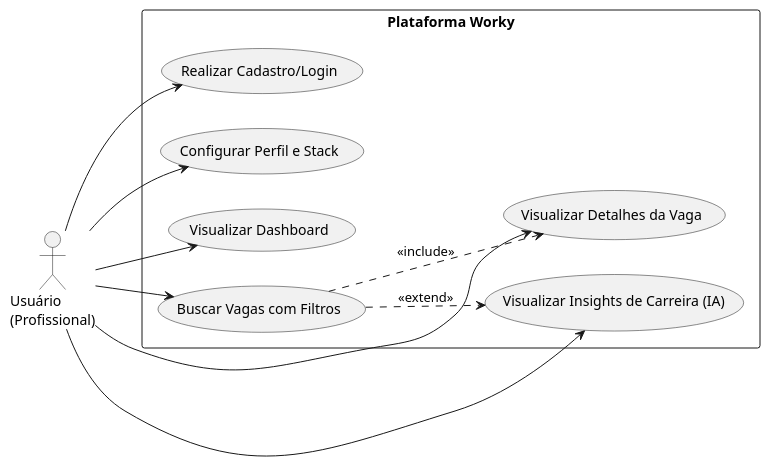
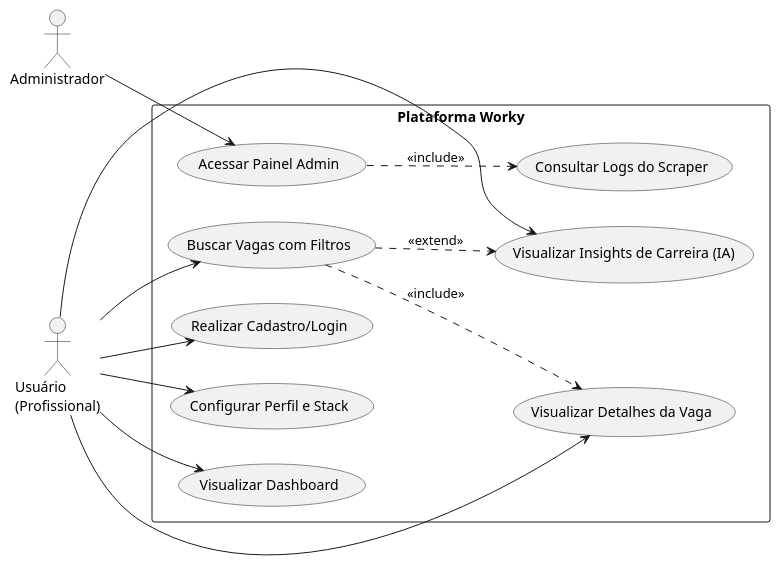
The diagram in uml_diagrams/1_casos_de_uso.wsd (Midlab-my/Worky), drawn with PlantUML before and after one commit. The commit also changed 28 other files, not shown here.

```diff
--- a/uml_diagrams/1_casos_de_uso.wsd
+++ b/uml_diagrams/1_casos_de_uso.wsd
@@ -1,24 +1,30 @@
 @startuml
 left to right direction
 skinparam packageStyle rectangle
 actor "Usuário\n(Profissional)" as user
+actor "Administrador" as admin
 
 rectangle "Plataforma Worky" {
   usecase "Realizar Cadastro/Login" as UC1
   usecase "Configurar Perfil e Stack" as UC2
   usecase "Visualizar Dashboard" as UC3
   usecase "Buscar Vagas com Filtros" as UC4
   usecase "Visualizar Detalhes da Vaga" as UC5
   usecase "Visualizar Insights de Carreira (IA)" as UC6
+  usecase "Acessar Painel Admin" as UC7
+  usecase "Consultar Logs do Scraper" as UC8
 }
 
 user --> UC1
 user --> UC2
 user --> UC3
 user --> UC4
 user --> UC5
 user --> UC6
 
+admin --> UC7
+UC7 ..> UC8 : <<include>>
+
 UC4 ..> UC5 : <<include>>
 UC4 ..> UC6 : <<extend>>
 @enduml
```
